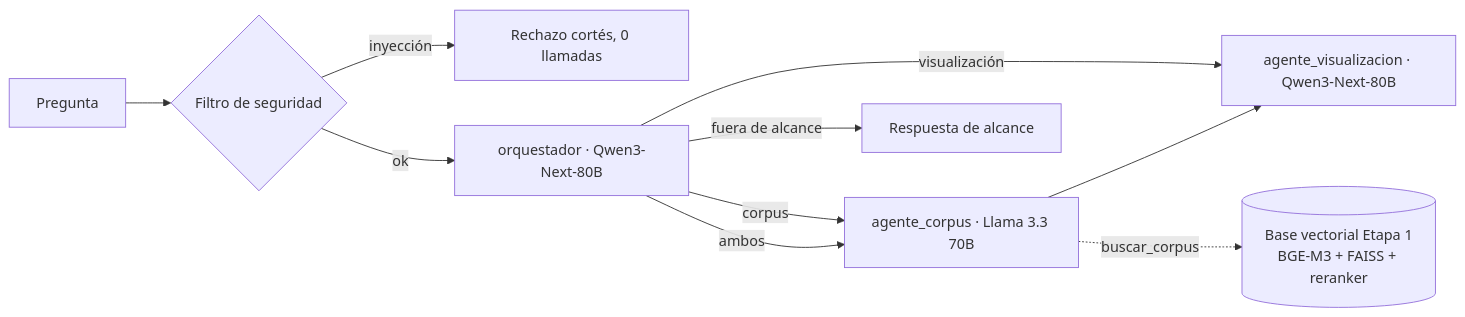
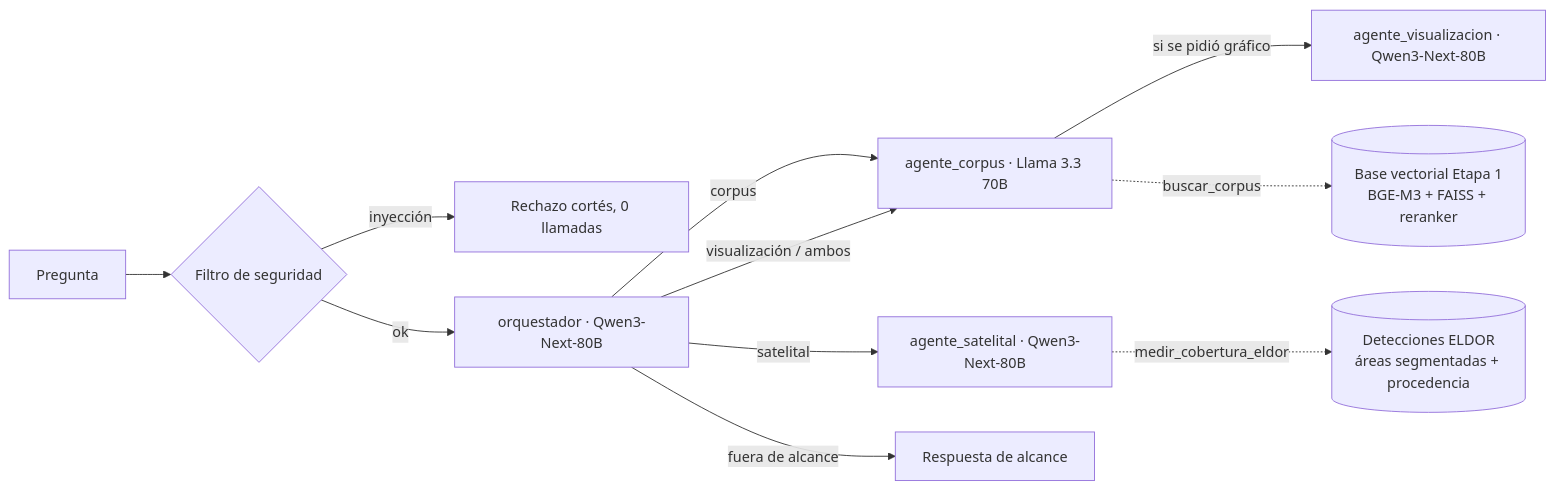
The diagram in agent/README.md (JuanMCanchala/codefest-adastra), drawn with Mermaid before and after one commit. The commit also changed other lines of this file and 5 other files, not shown here.

````diff
--- a/agent/README.md
+++ b/agent/README.md
@@ -15,11 +15,13 @@
 ```mermaid
 flowchart LR
     U[Pregunta] --> G{Filtro de seguridad}
     G -- inyección --> R[Rechazo cortés, 0 llamadas]
     G -- ok --> O[orquestador · Qwen3-Next-80B]
     O -- corpus --> C[agente_corpus · Llama 3.3 70B]
-    O -- visualización --> V[agente_visualizacion · Qwen3-Next-80B]
-    O -- ambos --> C --> V
+    O -- visualización / ambos --> C
+    C -- si se pidió gráfico --> V[agente_visualizacion · Qwen3-Next-80B]
+    O -- satelital --> S[agente_satelital · Qwen3-Next-80B]
     O -- fuera de alcance --> F[Respuesta de alcance]
     C -. buscar_corpus .-> B[(Base vectorial Etapa 1<br/>BGE-M3 + FAISS + reranker)]
+    S -. medir_cobertura_eldor .-> E[(Detecciones ELDOR<br/>áreas segmentadas + procedencia)]
 ```
````
